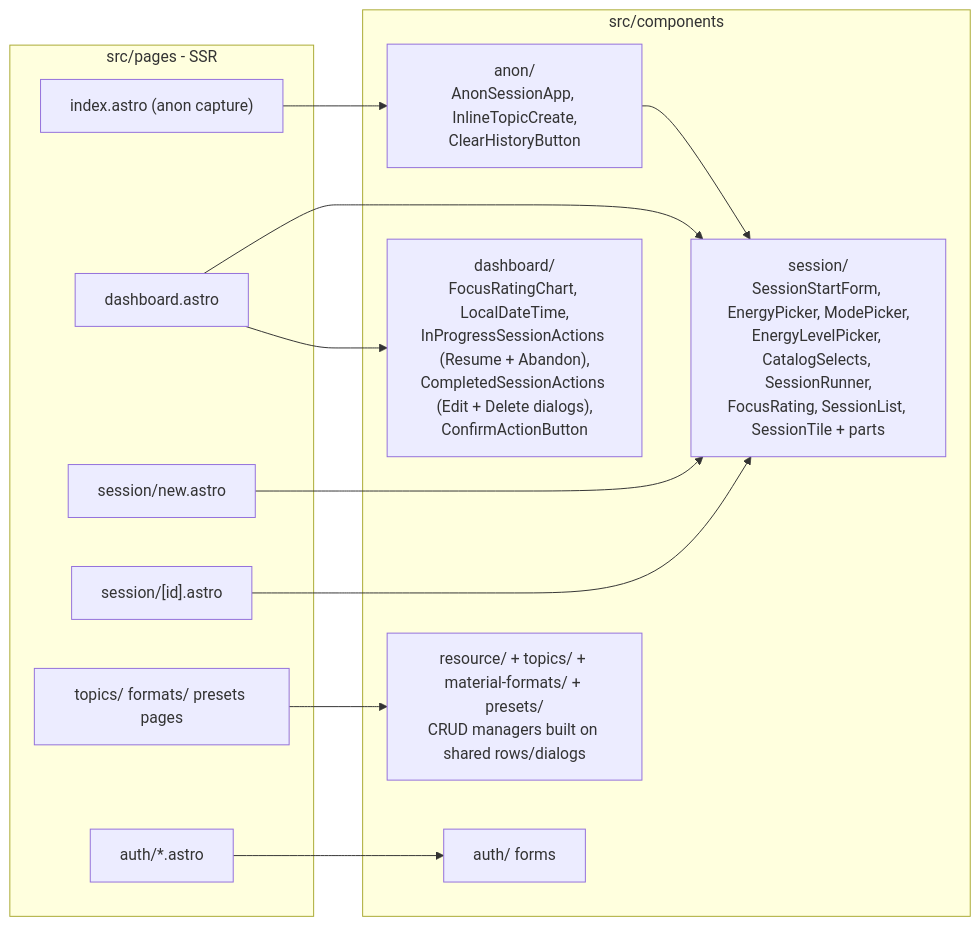
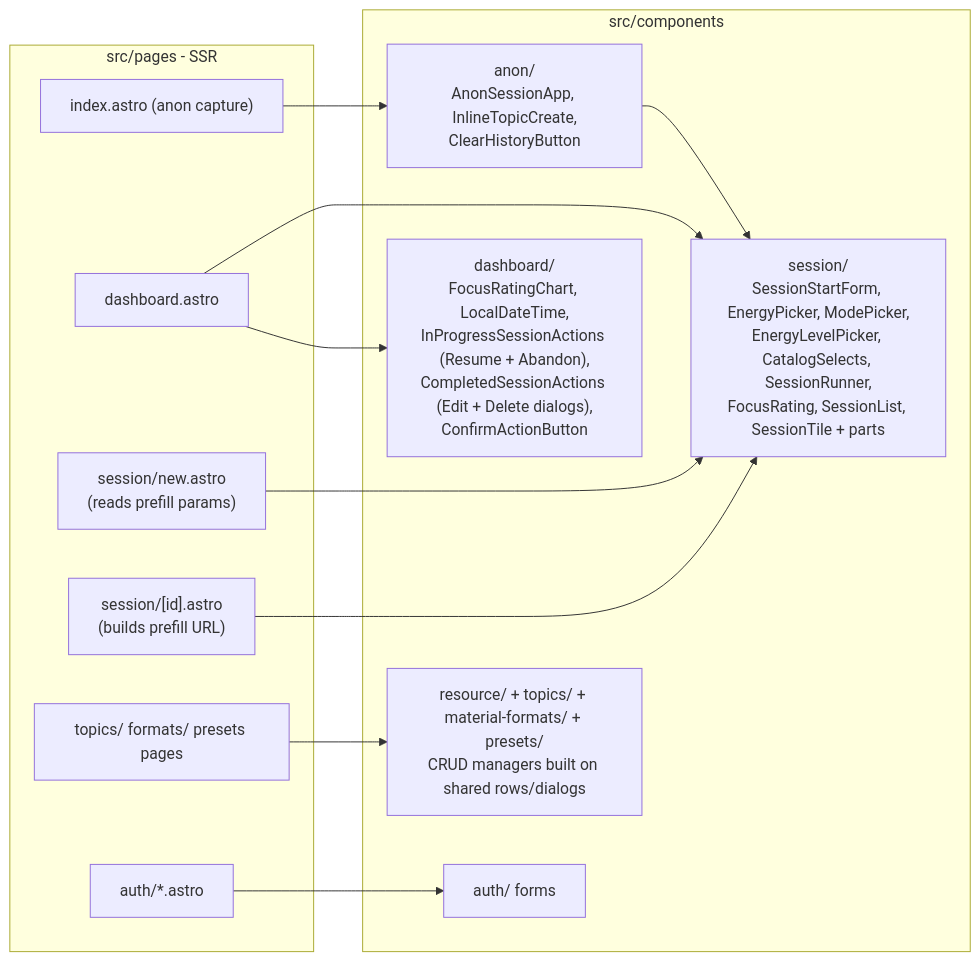
The third of 11 diagrams in context/foundation/arch.md (plpabla/pomosapiens), drawn with Mermaid before and after one commit. The commit also changed other lines of this file and 5 other files, not shown here.

````diff
--- a/context/foundation/arch.md
+++ b/context/foundation/arch.md
@@ -120,27 +120,27 @@
 ```mermaid
 flowchart LR
     subgraph pages[src/pages - SSR]
         idx["index.astro (anon capture)"]
         dash[dashboard.astro]
-        sessNew[session/new.astro]
-        sessId["session/[id].astro"]
+        sessNew["session/new.astro<br/>(reads prefill params)"]
+        sessId["session/[id].astro<br/>(builds prefill URL)"]
         mgmtPg[topics/ formats/ presets pages]
         authPg[auth/*.astro]
     end
 
     subgraph components[src/components]
         anonC["anon/<br/>AnonSessionApp, InlineTopicCreate,<br/>ClearHistoryButton"]
         sessC["session/<br/>SessionStartForm, EnergyPicker, ModePicker,<br/>EnergyLevelPicker, CatalogSelects, SessionRunner,<br/>FocusRating, SessionList, SessionTile + parts"]
         dashC["dashboard/<br/>FocusRatingChart, LocalDateTime,<br/>InProgressSessionActions (Resume + Abandon),<br/>CompletedSessionActions (Edit + Delete dialogs),<br/>ConfirmActionButton"]
         resC["resource/ + topics/ + material-formats/ + presets/<br/>CRUD managers built on shared rows/dialogs"]
         authC[auth/ forms]
     end
 
     idx --> anonC
     sessNew --> sessC
     sessId --> sessC
     dash --> sessC & dashC
     mgmtPg --> resC
     authPg --> authC
     anonC --> sessC
 ```
````
